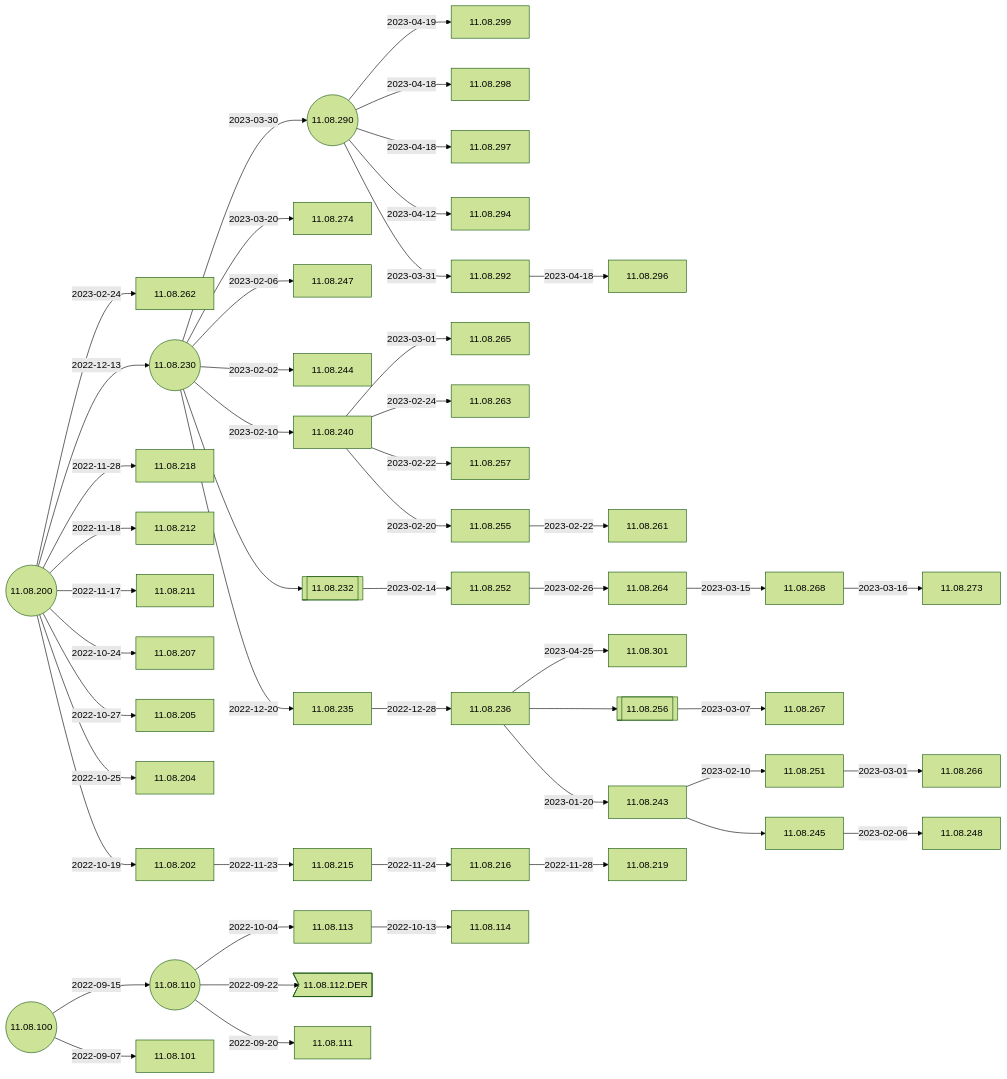
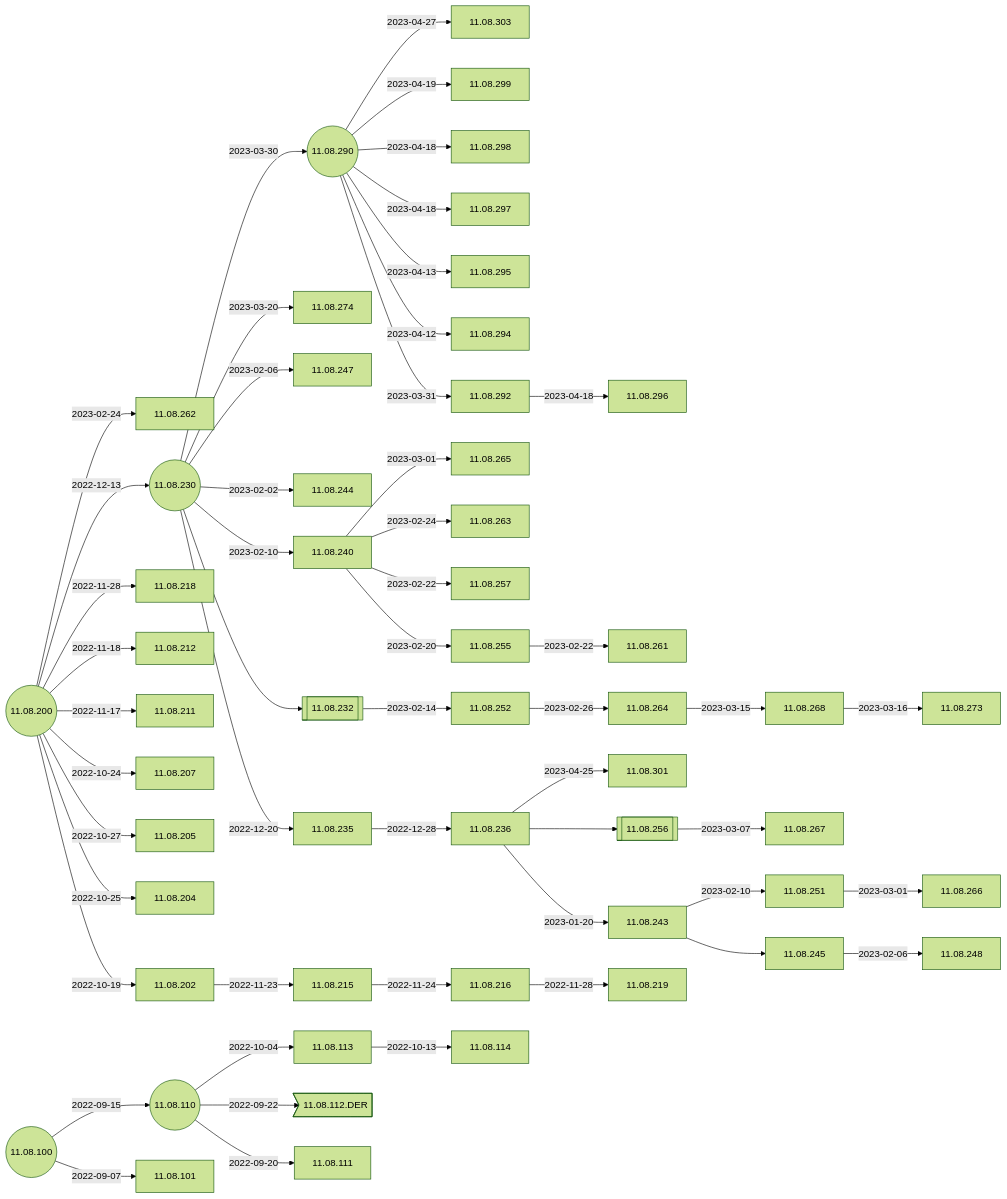
Before and after one commit to IGEL-Community/IGEL-Docs-v02: the second of 4 diagrams in docs/Docs/ReleaseNotes/01-OS11/README.md, drawn with Mermaid (forest theme). The commit also changed 3 other files, not shown here.

````diff
--- a/docs/Docs/ReleaseNotes/01-OS11/README.md
+++ b/docs/Docs/ReleaseNotes/01-OS11/README.md
@@ -39,78 +39,82 @@
 ```mermaid
 flowchart LR
+    11.08.290-- 2023-04-27 -->11.08.303
     11.08.236-- 2023-04-25 -->11.08.301
     11.08.290-- 2023-04-19 -->11.08.299
     11.08.292-- 2023-04-18 -->11.08.296
     11.08.290-- 2023-04-18 -->11.08.298
     11.08.290-- 2023-04-18 -->11.08.297
+    11.08.290-- 2023-04-13 -->11.08.295
     11.08.290-- 2023-04-12 -->11.08.294
     11.08.290-- 2023-03-31 -->11.08.292
     11.08.230-- 2023-03-30 -->11.08.290((11.08.290))
     11.08.230-- 2023-03-20 -->11.08.274
     11.08.236-->11.08.256[[11.08.256]]-- 2023-03-07 -->11.08.267
     11.08.240-- 2023-03-01 -->11.08.265 
     11.08.252-- 2023-02-26 -->11.08.264-- 2023-03-15 -->11.08.268-- 2023-03-16 -->11.08.273
     11.08.200-- 2023-02-24 -->11.08.262
     11.08.243-- 2023-02-10 -->11.08.251-- 2023-03-01 -->11.08.266
     11.08.230-- 2023-02-06 -->11.08.247
     11.08.230-- 2023-02-02 -->11.08.244
     11.08.240-- 2023-02-24 -->11.08.263
     11.08.240-- 2023-02-22 -->11.08.257
     11.08.240-- 2023-02-20 -->11.08.255-- 2023-02-22 -->11.08.261
     11.08.230-- 2023-02-10 -->11.08.240
     11.08.230((11.08.230))-->11.08.232[[11.08.232]]-- 2023-02-14 -->11.08.252
     11.08.200-- 2022-12-13 -->11.08.230-- 2022-12-20 -->11.08.235-- 2022-12-28 -->11.08.236-- 2023-01-20 -->11.08.243-->11.08.245-- 2023-02-06 -->11.08.248
     11.08.200-- 2022-11-28 -->11.08.218
     11.08.200-- 2022-11-18 -->11.08.212
     11.08.200-- 2022-11-17 -->11.08.211
     11.08.200-- 2022-10-24 -->11.08.207
     11.08.200-- 2022-10-27 -->11.08.205
     11.08.200-- 2022-10-25 -->11.08.204
     11.08.200((11.08.200))-- 2022-10-19 -->11.08.202-- 2022-11-23 -->11.08.215-- 2022-11-24 -->11.08.216-- 2022-11-28 -->11.08.219
     11.08.110-- 2022-10-04 -->11.08.113-- 2022-10-13 -->11.08.114
     11.08.110((11.08.110))-- 2022-09-22 -->11.08.112.DER>11.08.112.DER]
     11.08.100-- 2022-09-15 -->11.08.110-- 2022-09-20 -->11.08.111
     11.08.100((11.08.100))-- 2022-09-07 -->11.08.101
+    click 11.08.303 "https://github.com/IGEL-Community/IGEL-Docs-v02/tree/main/docs/Docs/ReleaseNotes/01-OS11/readme11.08.303.txt" _blank
     click 11.08.301 "https://github.com/IGEL-Community/IGEL-Docs-v02/tree/main/docs/Docs/ReleaseNotes/01-OS11/readme11.08.301.txt" _blank
     click 11.08.299 "https://github.com/IGEL-Community/IGEL-Docs-v02/tree/main/docs/Docs/ReleaseNotes/01-OS11/readme11.08.299.txt" _blank
     click 11.08.296 "https://github.com/IGEL-Community/IGEL-Docs-v02/tree/main/docs/Docs/ReleaseNotes/01-OS11/readme11.08.296.txt" _blank
     click 11.08.298 "https://github.com/IGEL-Community/IGEL-Docs-v02/tree/main/docs/Docs/ReleaseNotes/01-OS11/readme11.08.298.txt" _blank
     click 11.08.297 "https://github.com/IGEL-Community/IGEL-Docs-v02/tree/main/docs/Docs/ReleaseNotes/01-OS11/readme11.08.297.txt" _blank
+    click 11.08.295 "https://github.com/IGEL-Community/IGEL-Docs-v02/tree/main/docs/Docs/ReleaseNotes/01-OS11/readme11.08.295.txt" _blank
     click 11.08.294 "https://github.com/IGEL-Community/IGEL-Docs-v02/tree/main/docs/Docs/ReleaseNotes/01-OS11/readme11.08.294.txt" _blank
     click 11.08.292 "https://github.com/IGEL-Community/IGEL-Docs-v02/tree/main/docs/Docs/ReleaseNotes/01-OS11/readme11.08.292.txt" _blank
     click 11.08.292 "https://github.com/IGEL-Community/IGEL-Docs-v02/tree/main/docs/Docs/ReleaseNotes/01-OS11/readme11.08.292.txt" _blank
     click 11.08.290 "https://github.com/IGEL-Community/IGEL-Docs-v02/tree/main/docs/Docs/ReleaseNotes/01-OS11/readme11.08.290.txt" _blank
     click 11.08.274 "https://github.com/IGEL-Community/IGEL-Docs-v02/tree/main/docs/Docs/ReleaseNotes/01-OS11/readme11.08.274.txt" _blank
     click 11.08.273 "https://github.com/IGEL-Community/IGEL-Docs-v02/tree/main/docs/Docs/ReleaseNotes/01-OS11/readme11.08.273.txt" _blank
     click 11.08.268 "https://github.com/IGEL-Community/IGEL-Docs-v02/tree/main/docs/Docs/ReleaseNotes/01-OS11/readme11.08.268.txt" _blank
     click 11.08.267 "https://github.com/IGEL-Community/IGEL-Docs-v02/tree/main/docs/Docs/ReleaseNotes/01-OS11/readme11.08.267.txt" _blank
     click 11.08.266 "https://github.com/IGEL-Community/IGEL-Docs-v02/tree/main/docs/Docs/ReleaseNotes/01-OS11/readme11.08.266.txt" _blank
     click 11.08.265 "https://github.com/IGEL-Community/IGEL-Docs-v02/tree/main/docs/Docs/ReleaseNotes/01-OS11/readme11.08.265.txt" _blank
     click 11.08.264 "https://github.com/IGEL-Community/IGEL-Docs-v02/tree/main/docs/Docs/ReleaseNotes/01-OS11/readme11.08.264.txt" _blank
     click 11.08.263 "https://github.com/IGEL-Community/IGEL-Docs-v02/tree/main/docs/Docs/ReleaseNotes/01-OS11/readme11.08.263.txt" _blank
     click 11.08.262 "https://github.com/IGEL-Community/IGEL-Docs-v02/tree/main/docs/Docs/ReleaseNotes/01-OS11/readme11.08.262.txt" _blank
     click 11.08.261 "https://github.com/IGEL-Community/IGEL-Docs-v02/tree/main/docs/Docs/ReleaseNotes/01-OS11/readme11.08.261.txt" _blank
     click 11.08.257 "https://github.com/IGEL-Community/IGEL-Docs-v02/tree/main/docs/Docs/ReleaseNotes/01-OS11/readme11.08.257.txt" _blank
     click 11.08.255 "https://github.com/IGEL-Community/IGEL-Docs-v02/tree/main/docs/Docs/ReleaseNotes/01-OS11/readme11.08.255.txt" _blank
     click 11.08.252 "https://github.com/IGEL-Community/IGEL-Docs-v02/tree/main/docs/Docs/ReleaseNotes/01-OS11/readme11.08.252.txt" _blank
     click 11.08.251 "https://github.com/IGEL-Community/IGEL-Docs-v02/tree/main/docs/Docs/ReleaseNotes/01-OS11/readme11.08.251.txt" _blank
     click 11.08.248 "https://github.com/IGEL-Community/IGEL-Docs-v02/tree/main/docs/Docs/ReleaseNotes/01-OS11/readme11.08.248.txt" _blank
     click 11.08.247 "https://github.com/IGEL-Community/IGEL-Docs-v02/tree/main/docs/Docs/ReleaseNotes/01-OS11/readme11.08.247.txt" _blank
     click 11.08.244 "https://github.com/IGEL-Community/IGEL-Docs-v02/tree/main/docs/Docs/ReleaseNotes/01-OS11/readme11.08.244.txt" _blank
     click 11.08.243 "https://github.com/IGEL-Community/IGEL-Docs-v02/tree/main/docs/Docs/ReleaseNotes/01-OS11/readme11.08.243.txt" _blank
     click 11.08.240 "https://github.com/IGEL-Community/IGEL-Docs-v02/tree/main/docs/Docs/ReleaseNotes/01-OS11/readme11.08.240.txt" _blank
     click 11.08.236 "https://github.com/IGEL-Community/IGEL-Docs-v02/tree/main/docs/Docs/ReleaseNotes/01-OS11/readme11.08.236.txt" _blank
     click 11.08.235 "https://github.com/IGEL-Community/IGEL-Docs-v02/tree/main/docs/Docs/ReleaseNotes/01-OS11/readme11.08.235.txt" _blank
     click 11.08.230 "https://github.com/IGEL-Community/IGEL-Docs-v02/tree/main/docs/Docs/ReleaseNotes/01-OS11/readme11.08.230.txt" _blank
     click 11.08.219 "https://github.com/IGEL-Community/IGEL-Docs-v02/tree/main/docs/Docs/ReleaseNotes/01-OS11/readme11.08.219.txt" _blank
     click 11.08.218 "https://github.com/IGEL-Community/IGEL-Docs-v02/tree/main/docs/Docs/ReleaseNotes/01-OS11/readme11.08.218.txt" _blank
     click 11.08.216 "https://github.com/IGEL-Community/IGEL-Docs-v02/tree/main/docs/Docs/ReleaseNotes/01-OS11/readme11.08.216.txt" _blank
     click 11.08.215 "https://github.com/IGEL-Community/IGEL-Docs-v02/tree/main/docs/Docs/ReleaseNotes/01-OS11/readme11.08.215.txt" _blank
     click 11.08.212 "https://github.com/IGEL-Community/IGEL-Docs-v02/tree/main/docs/Docs/ReleaseNotes/01-OS11/readme11.08.212.txt" _blank
     click 11.08.211 "https://github.com/IGEL-Community/IGEL-Docs-v02/tree/main/docs/Docs/ReleaseNotes/01-OS11/readme11.08.211.txt" _blank
     click 11.08.207 "https://github.com/IGEL-Community/IGEL-Docs-v02/tree/main/docs/Docs/ReleaseNotes/01-OS11/readme11.08.207.txt" _blank
     click 11.08.205 "https://github.com/IGEL-Community/IGEL-Docs-v02/tree/main/docs/Docs/ReleaseNotes/01-OS11/readme11.08.205.txt" _blank
     click 11.08.204 "https://github.com/IGEL-Community/IGEL-Docs-v02/tree/main/docs/Docs/ReleaseNotes/01-OS11/readme11.08.204.txt" _blank
     click 11.08.202 "https://github.com/IGEL-Community/IGEL-Docs-v02/tree/main/docs/Docs/ReleaseNotes/01-OS11/readme11.08.202.txt" _blank
     click 11.08.200 "https://github.com/IGEL-Community/IGEL-Docs-v02/tree/main/docs/Docs/ReleaseNotes/01-OS11/readme11.08.200.txt" _blank
 ```
````
